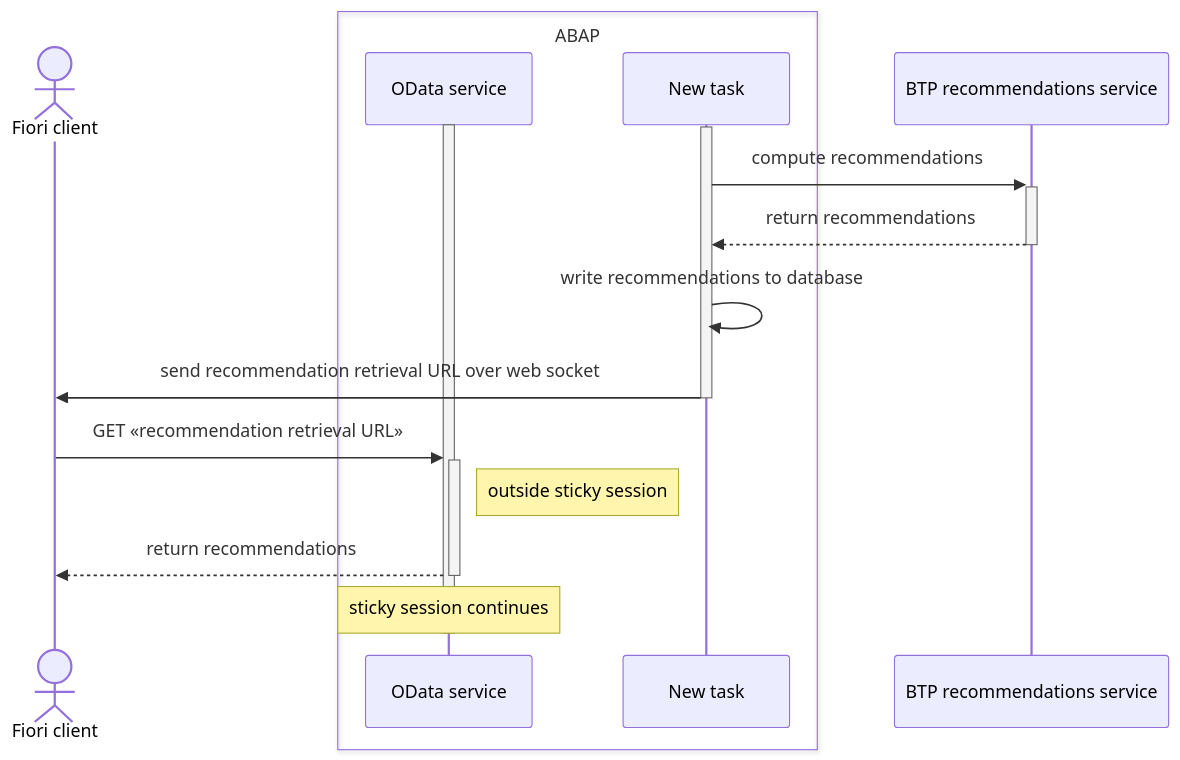
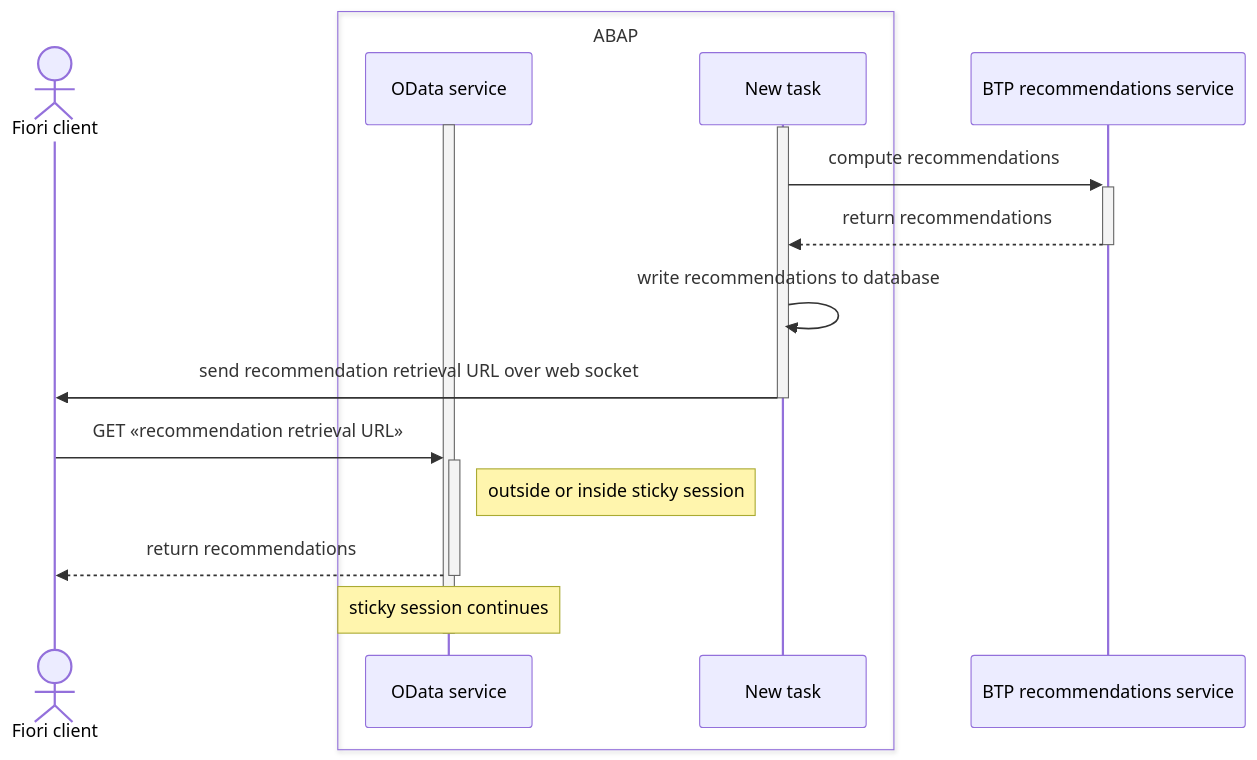
Before and after one commit to SAP/odata-vocabularies: the third of 3 diagrams in docs/recommendations.md, drawn with Mermaid. The commit also changed other lines of this file, not shown here.

````diff
--- a/docs/recommendations.md
+++ b/docs/recommendations.md
@@ -40,21 +68,21 @@
 ```mermaid
 sequenceDiagram
   actor client as Fiori client
   box ABAP
     participant server as OData service
     participant task as New task
   end
   participant AI as BTP recommendations service
   activate server
   activate task
   task ->>+ AI: compute recommendations
   AI -->>- task: return recommendations
   task ->> task: write recommendations to database
   task ->> client: send recommendation retrieval URL over web socket
   deactivate task
   client ->>+ server: GET «recommendation retrieval URL»
-  note right of server: outside sticky session
+  note right of server: outside or inside sticky session
   server -->>- client: return recommendations
   note over server: sticky session continues
   deactivate server
 ```
````
